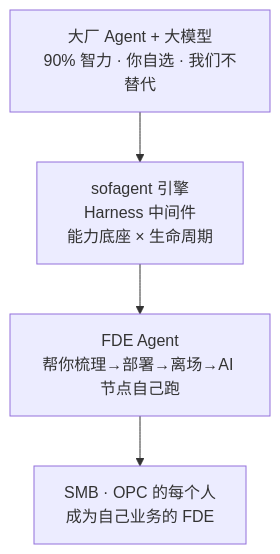
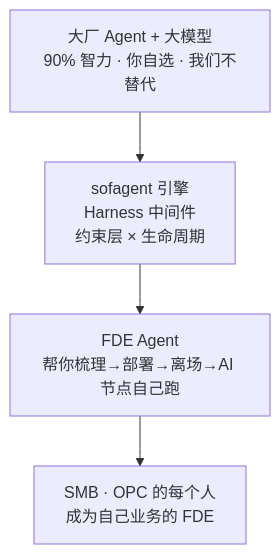
Before and after one commit to KongFangXun/sofagent: the first of 2 diagrams in FDE/GUIDE.md, drawn with Mermaid. The commit also changed other lines of this file and 43 other files, not shown here.

````diff
--- a/FDE/GUIDE.md
+++ b/FDE/GUIDE.md
@@ -116,6 +116,6 @@
 ```mermaid
 graph TD
-    A[大厂 Agent + 大模型<br/>90% 智力 · 你自选 · 我们不替代] --> B[sofagent 引擎<br/>Harness 中间件<br/>能力底座 × 生命周期]
+    A[大厂 Agent + 大模型<br/>90% 智力 · 你自选 · 我们不替代] --> B[sofagent 引擎<br/>Harness 中间件<br/>约束层 × 生命周期]
     B --> C[FDE Agent<br/>帮你梳理→部署→离场→AI 节点自己跑]
     C --> D[SMB · OPC 的每个人<br/>成为自己业务的 FDE]
 ```
````
